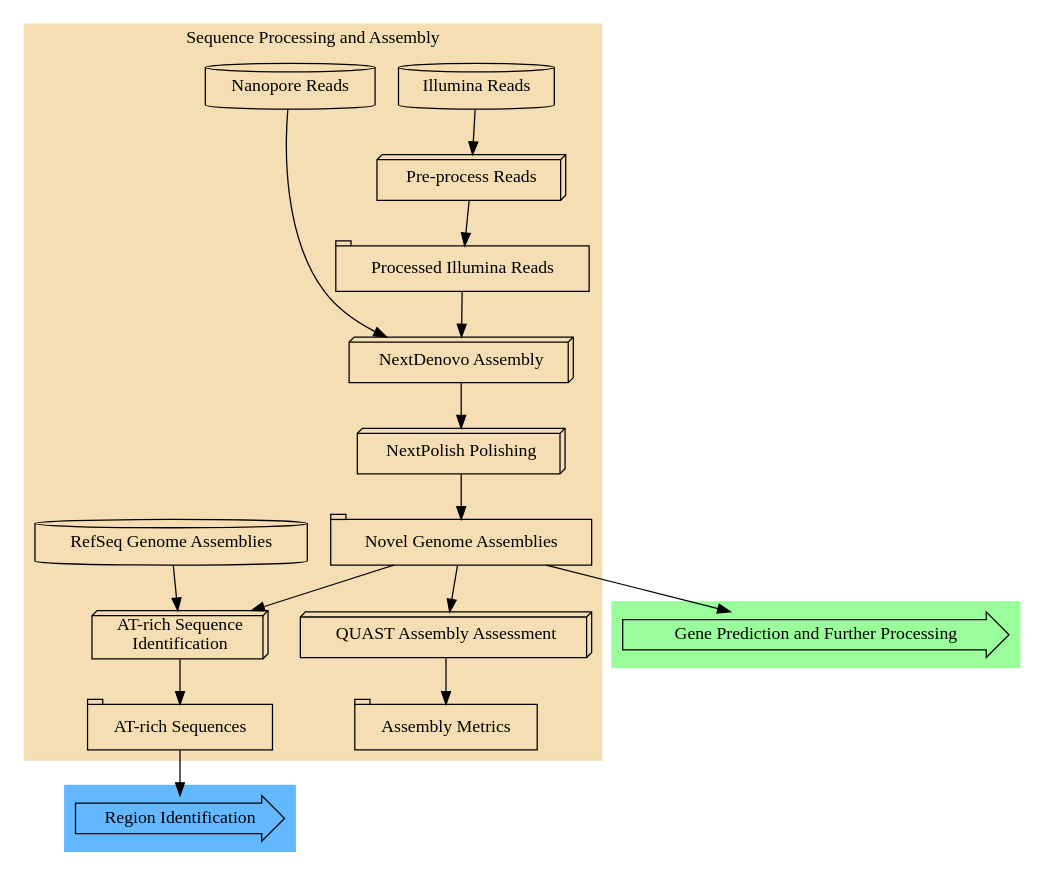
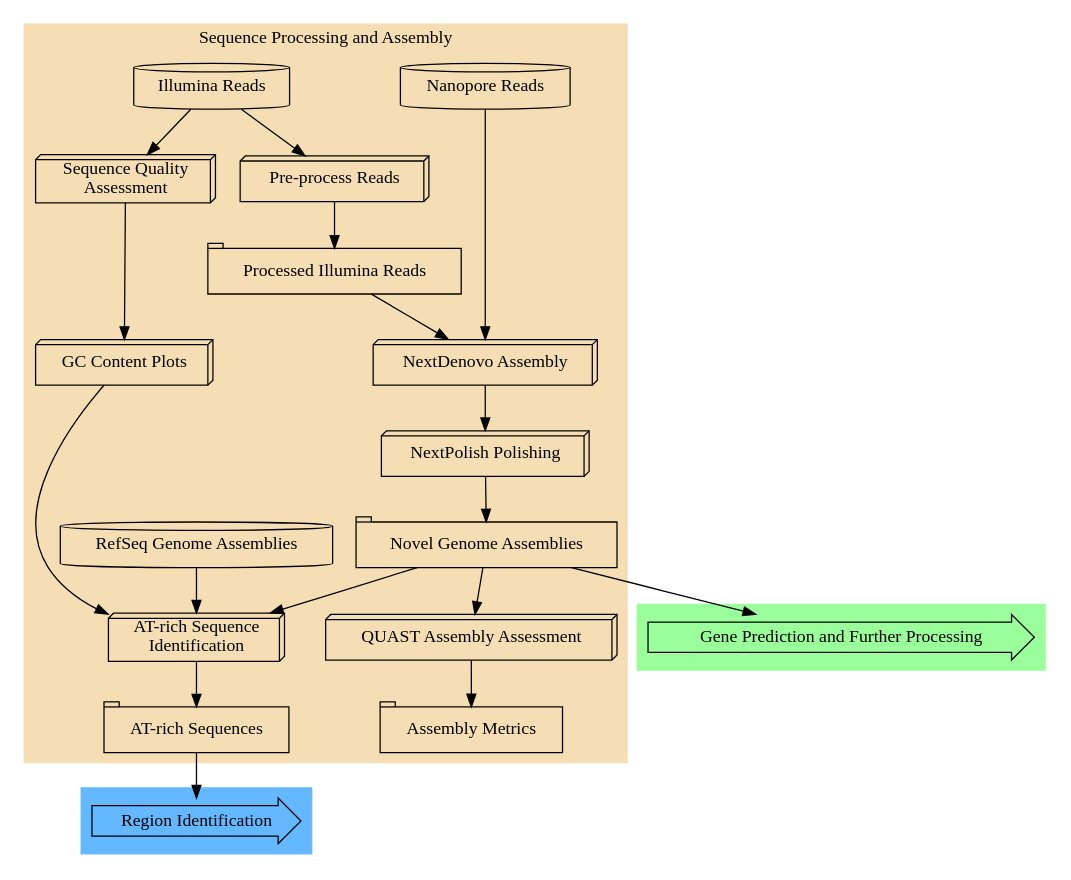
Before and after one commit to cbe453/masters: the diagram in working-thesis/figures/assembly-met.dot, drawn with Graphviz. The commit also changed 19 other files, not shown here.

```diff
--- a/working-thesis/figures/assembly-met.dot
+++ b/working-thesis/figures/assembly-met.dot
@@ -1,53 +1,58 @@
 digraph G{
 
 	subgraph cluster_1 {
 		 style = filled;
 		 color = palegreen1;
 		 "Gene Prediction and Further Processing" [shape = rarrow];
 		 
 	}
 	
 	#"Identify AT-rich Genomic Sequence" [shape = box3d];
 	#splines = ortho;
 	rankdir = "TB";
 	subgraph cluster_0 {
 		 style = filled;
 		 color = wheat;
 		 "Illumina Reads" [shape = cylinder];
 		 "Pre-process Reads" [shape = box3d];
 		 "Nanopore Reads" [shape = cylinder];
 		 "NextDenovo Assembly" [shape = box3d];
 		 "NextPolish Polishing" [shape = box3d];
 		 "Processed Illumina Reads" [shape = tab];
+		 "Sequence Quality\nAssessment" [shape = box3d];
 		 "Novel Genome Assemblies" [shape = tab];
 		 "Illumina Reads" -> "Pre-process Reads";
+		 "Illumina Reads" -> "Sequence Quality\nAssessment";
+		 "GC Content Plots" [shape = box3d];
+		 "Sequence Quality\nAssessment" -> "GC Content Plots";
 		 "Pre-process Reads" -> "Processed Illumina Reads";
 		 "Processed Illumina Reads" -> "NextDenovo Assembly";
 		 "Nanopore Reads" -> "NextDenovo Assembly";
 		 "NextDenovo Assembly" -> "NextPolish Polishing" -> "Novel Genome Assemblies";
 		 "QUAST Assembly Assessment" [shape = box3d];
 		 "Novel Genome Assemblies" -> "QUAST Assembly Assessment";
 		 "Assembly Metrics" [shape = tab];
 		 "QUAST Assembly Assessment" -> "Assembly Metrics";
 		 #{rank = same; "Assembled Genomes"; "QUAST Assembly Assessment"};
 		 {rank = same; "Illumina Reads"; "Nanopore Reads"};
 		 label = "Sequence Processing and Assembly";
 	 	 #{rank = same; "Novel GA"; "Gene Prediction and Further Processing"};
-		 "AT-rich Sequence\n Identification" [shape = box3d];
-		 "Novel Genome Assemblies" -> "AT-rich Sequence\n Identification";
+		 "AT-rich Sequence\nIdentification" [shape = box3d];
+		 "Novel Genome Assemblies" -> "AT-rich Sequence\nIdentification";
 		 "RefSeq Genome Assemblies" [shape = cylinder];
-		 "RefSeq Genome Assemblies" -> "AT-rich Sequence\n Identification";
-		 "AT-rich Sequence\n Identification" -> "AT-rich Sequences"
+		 "RefSeq Genome Assemblies" -> "AT-rich Sequence\nIdentification";
+		 "AT-rich Sequence\nIdentification" -> "AT-rich Sequences"
 		 "AT-rich Sequences" [shape = tab];
+		 "GC Content Plots" -> "AT-rich Sequence\nIdentification";
 	}
 
 	subgraph cluster_2 {
 		 style = filled;
 		 color = steelblue1;
 		 "Region Identification" [shape = rarrow]
 	}
 
 	#"Assembled Genomes" -> "Identify AT-rich Genomic Sequence";
 	"Novel Genome Assemblies" -> "Gene Prediction and Further Processing";
 	"AT-rich Sequences" -> "Region Identification";
 }
```
